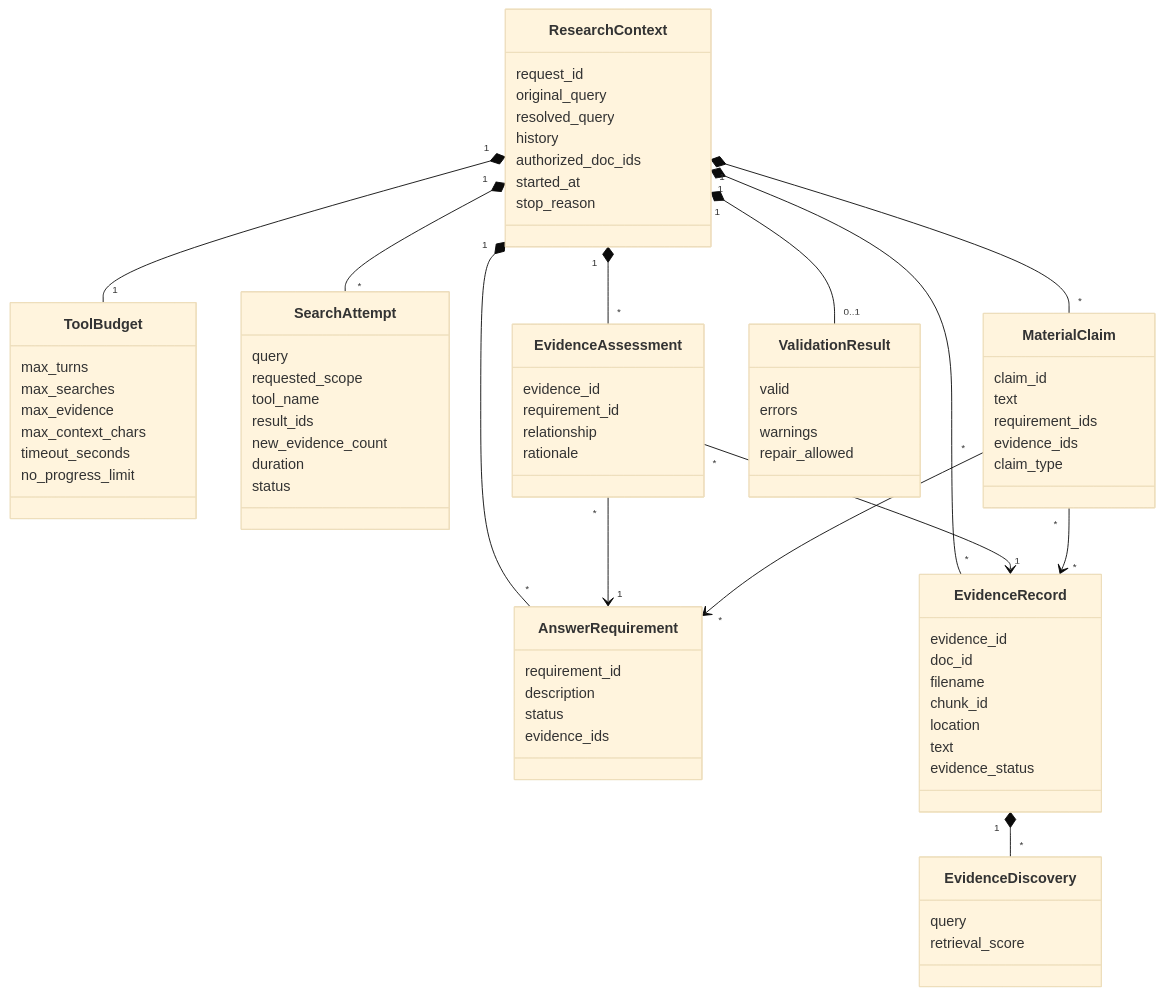
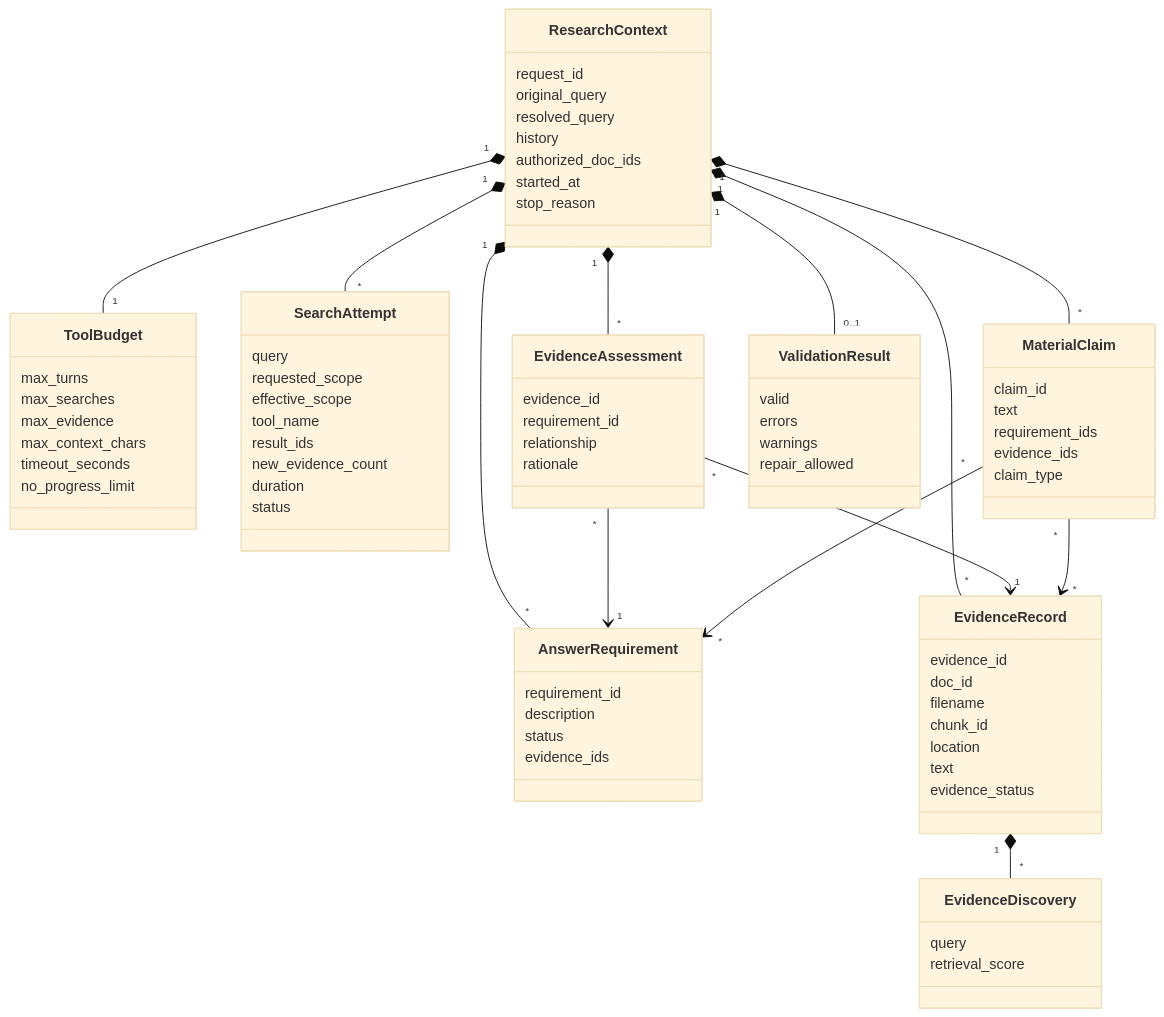
One commit to Rohan-Desai/agentic-search changed the sixth of 7 diagrams in ARCHITECTURE.md. Above: the diagram before and after it, drawn with Mermaid (base theme). The commit also changed 4 other files, not shown here.

```diff
--- a/ARCHITECTURE.md
+++ b/ARCHITECTURE.md
@@ -235,6 +235,7 @@
     class SearchAttempt {
         query
         requested_scope
+        effective_scope
         tool_name
         result_ids
         new_evidence_count
```
